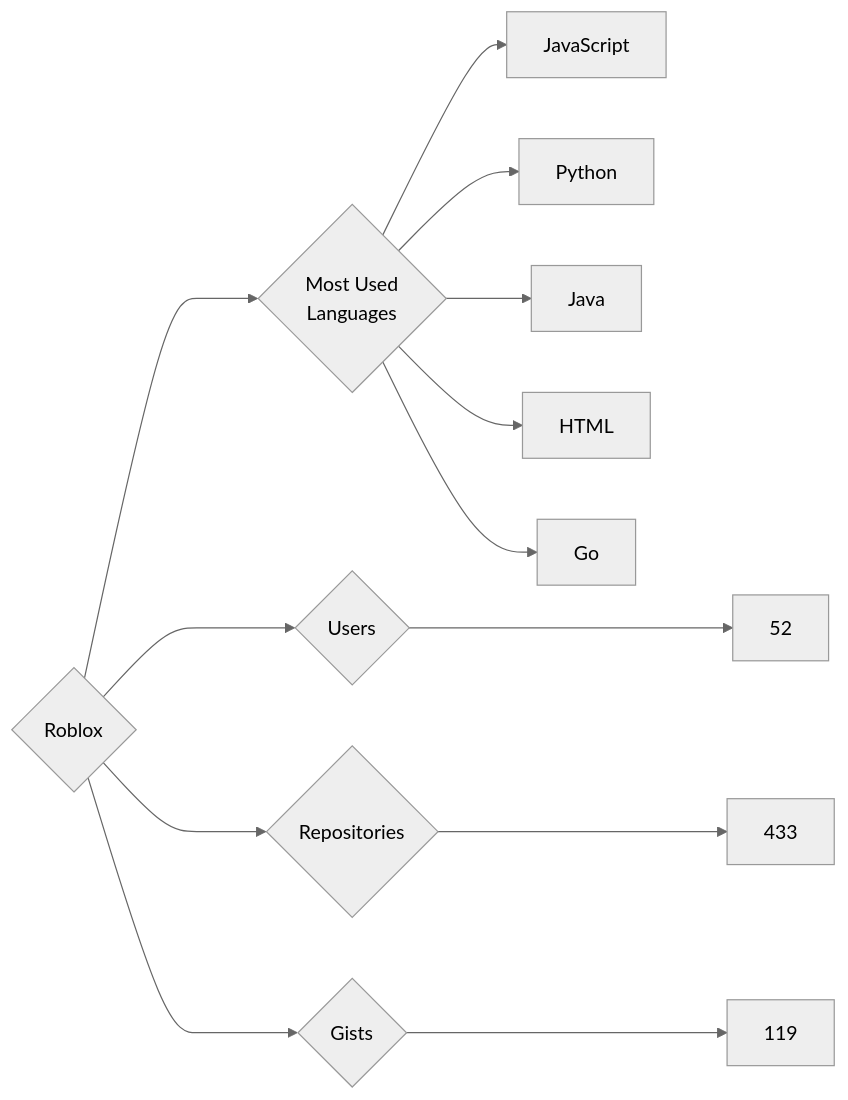
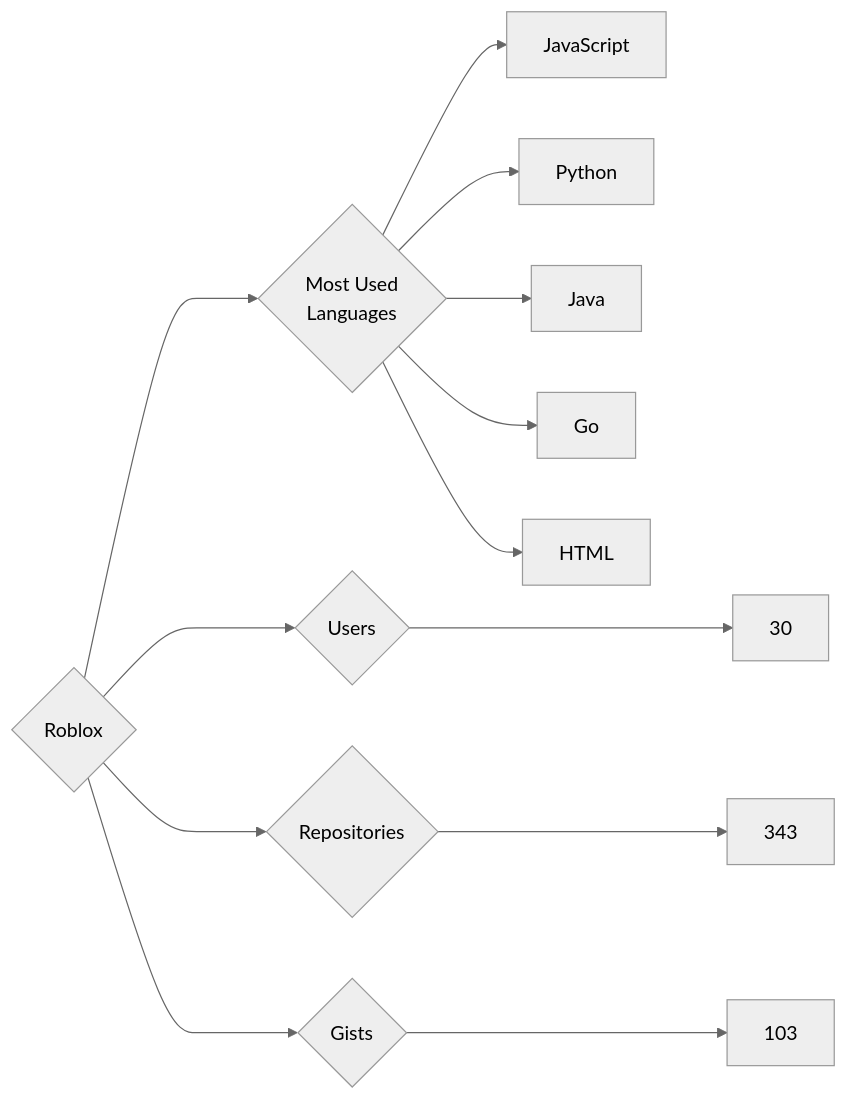
The diagram in targets/Roblox/README.md (trickest/insiders), drawn with Mermaid (neutral theme) before and after one commit. The commit also changed 886 other files, not shown here.

````diff
--- a/targets/Roblox/README.md
+++ b/targets/Roblox/README.md
@@ -3,13 +3,13 @@
 ```mermaid
 graph LR
 COMPANY_NAME{Roblox}
-COMPANY_NAME ---> U{Users} ---> UN[52]
-COMPANY_NAME ---> R{Repositories} ---> RN[433]
-COMPANY_NAME ---> G{Gists} ---> GN[119]
+COMPANY_NAME ---> U{Users} ---> UN[30]
+COMPANY_NAME ---> R{Repositories} ---> RN[343]
+COMPANY_NAME ---> G{Gists} ---> GN[103]
 COMPANY_NAME ---> ML{Most Used<br>Languages}
 ML --> JavaScript[JavaScript]
 ML --> Python[Python]
 ML --> Java[Java]
+ML --> Go[Go]
 ML --> HTML[HTML]
-ML --> Go[Go]
 ```
````
